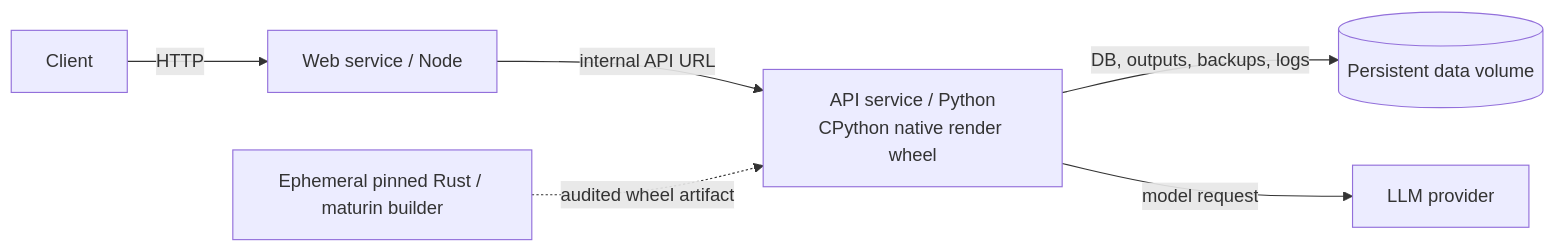
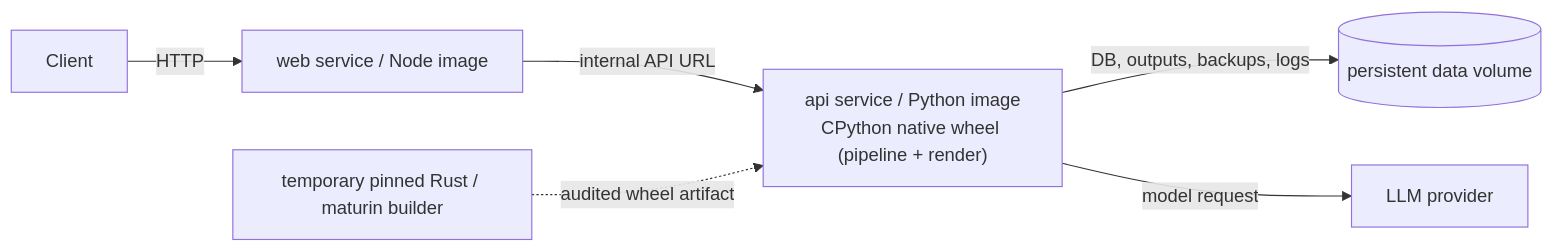
One commit to oikawas/inku-lang changed the second of 2 diagrams in docs/architecture/runtime-containers.md. Above: the diagram before and after it, drawn with Mermaid. The commit also changed other lines of this file and 27 other files, not shown here.

First line of the commit message:
Update architecture documents for the shared Rust pipeline

````diff
--- a/docs/architecture/runtime-containers.md
+++ b/docs/architecture/runtime-containers.md
@@ -41,15 +51,15 @@
 ```mermaid
 flowchart LR
     CLIENT["Client"]
-    WEB_IMG["Web service / Node"]
-    API_IMG["API service / Python\nCPython native render wheel"]
-    WHEEL_BUILDER["Ephemeral pinned Rust / maturin builder"]
-    DATA_VOL[("Persistent data volume")]
+    WEB_IMG["web service / Node image"]
+    API_IMG["api service / Python image\nCPython native wheel (pipeline + render)"]
+    WHEEL_BUILDER["temporary pinned Rust / maturin builder"]
+    DATA_VOL[("persistent data volume")]
     PROVIDER["LLM provider"]
 
     CLIENT -->|"HTTP"| WEB_IMG
     WEB_IMG -->|"internal API URL"| API_IMG
     WHEEL_BUILDER -.->|"audited wheel artifact"| API_IMG
     API_IMG -->|"DB, outputs, backups, logs"| DATA_VOL
     API_IMG -->|"model request"| PROVIDER
 ```
````
